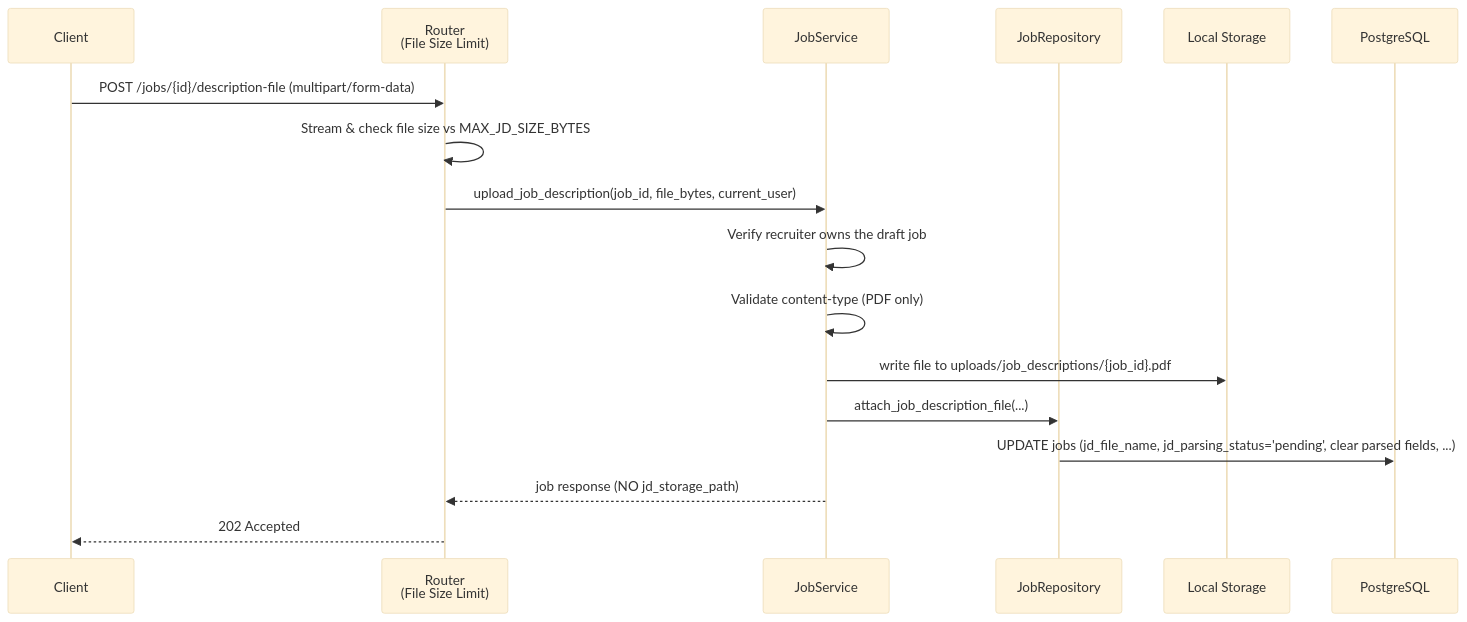
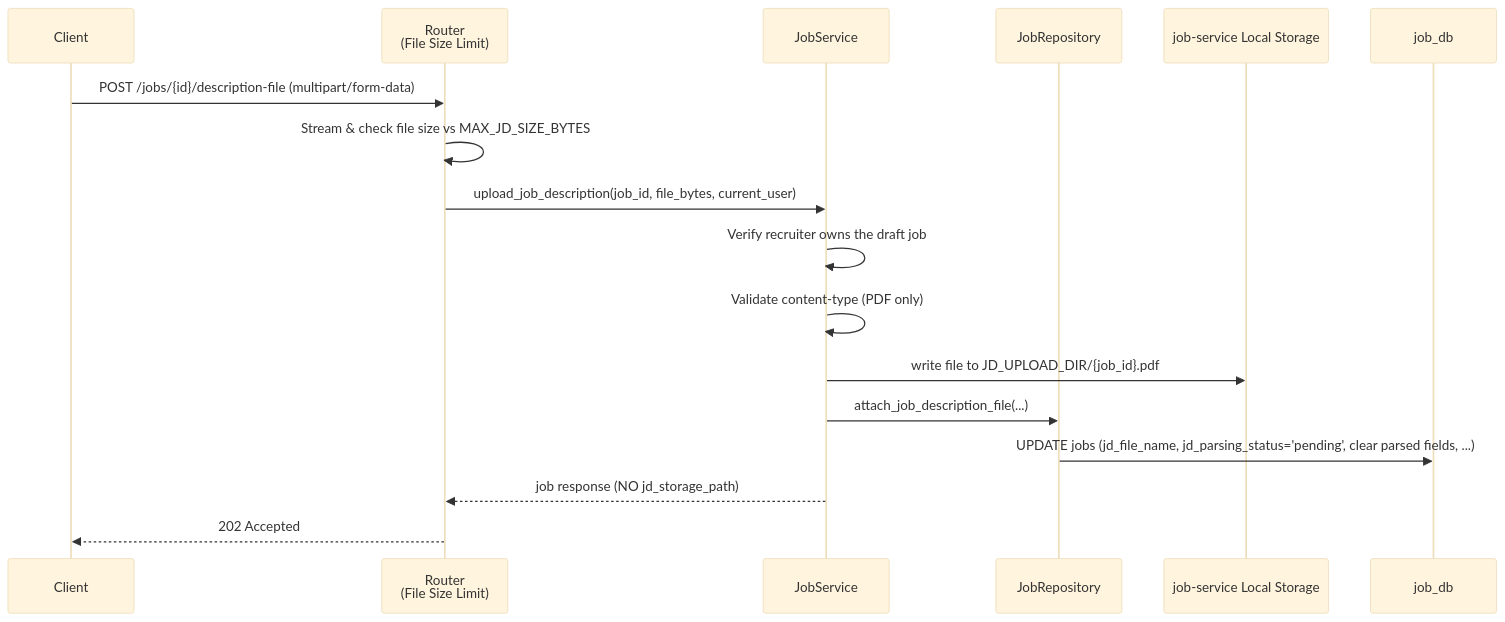
Before and after one commit to afnan-emumba/smart-hire: the third of 8 diagrams in docs/SERVICES.md, drawn with Mermaid (base theme). The commit also changed other lines of this file and 75 other files, not shown here.

````diff
--- a/docs/SERVICES.md
+++ b/docs/SERVICES.md
@@ -102,19 +112,19 @@
 ```mermaid
 sequenceDiagram
     participant Client
     participant Router as Router<br/>(File Size Limit)
     participant Service as JobService
     participant Repo as JobRepository
-    participant Disk as Local Storage
-    participant DB as PostgreSQL
+    participant Disk as job-service Local Storage
+    participant DB as job_db
     Client->>Router: POST /jobs/{id}/description-file (multipart/form-data)
     Router->>Router: Stream & check file size vs MAX_JD_SIZE_BYTES
     Router->>Service: upload_job_description(job_id, file_bytes, current_user)
     Service->>Service: Verify recruiter owns the draft job
     Service->>Service: Validate content-type (PDF only)
-    Service->>Disk: write file to uploads/job_descriptions/{job_id}.pdf
+    Service->>Disk: write file to JD_UPLOAD_DIR/{job_id}.pdf
     Service->>Repo: attach_job_description_file(...)
     Repo->>DB: UPDATE jobs (jd_file_name, jd_parsing_status='pending', clear parsed fields, ...)
     Service-->>Router: job response (NO jd_storage_path)
     Router-->>Client: 202 Accepted
 ```
````
